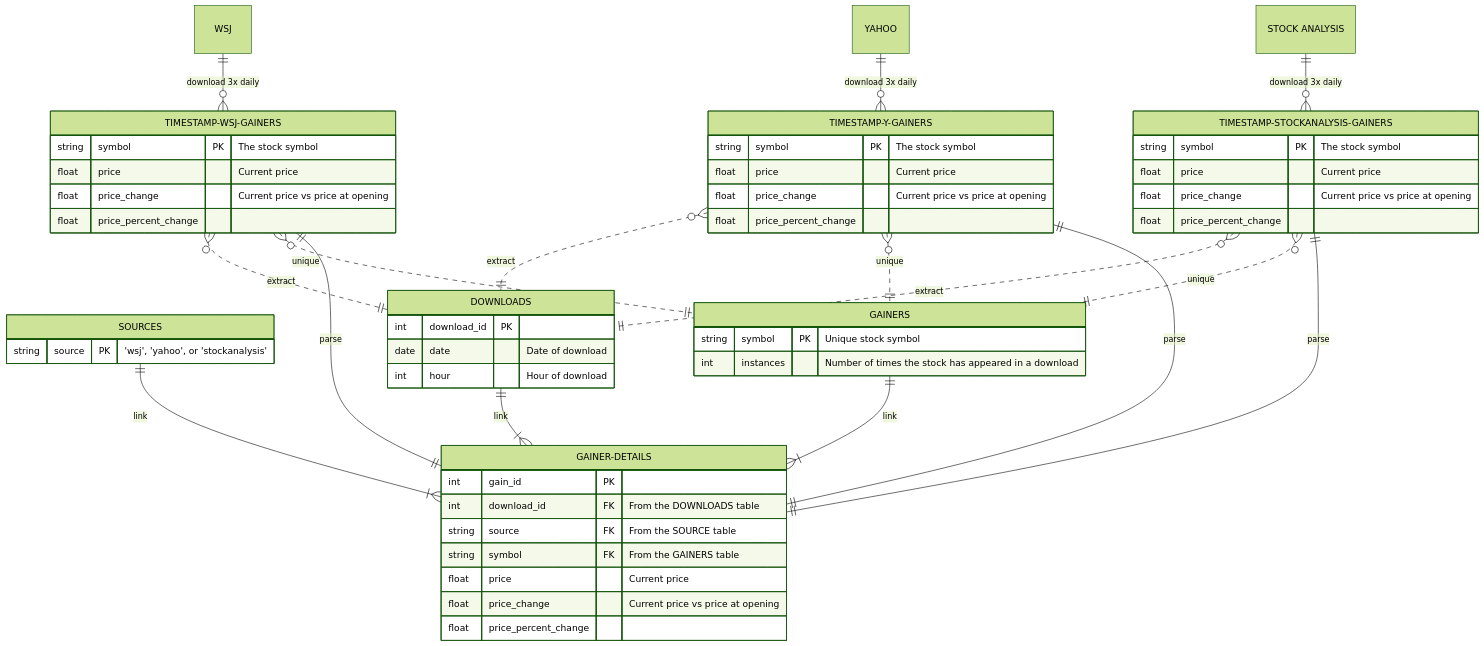
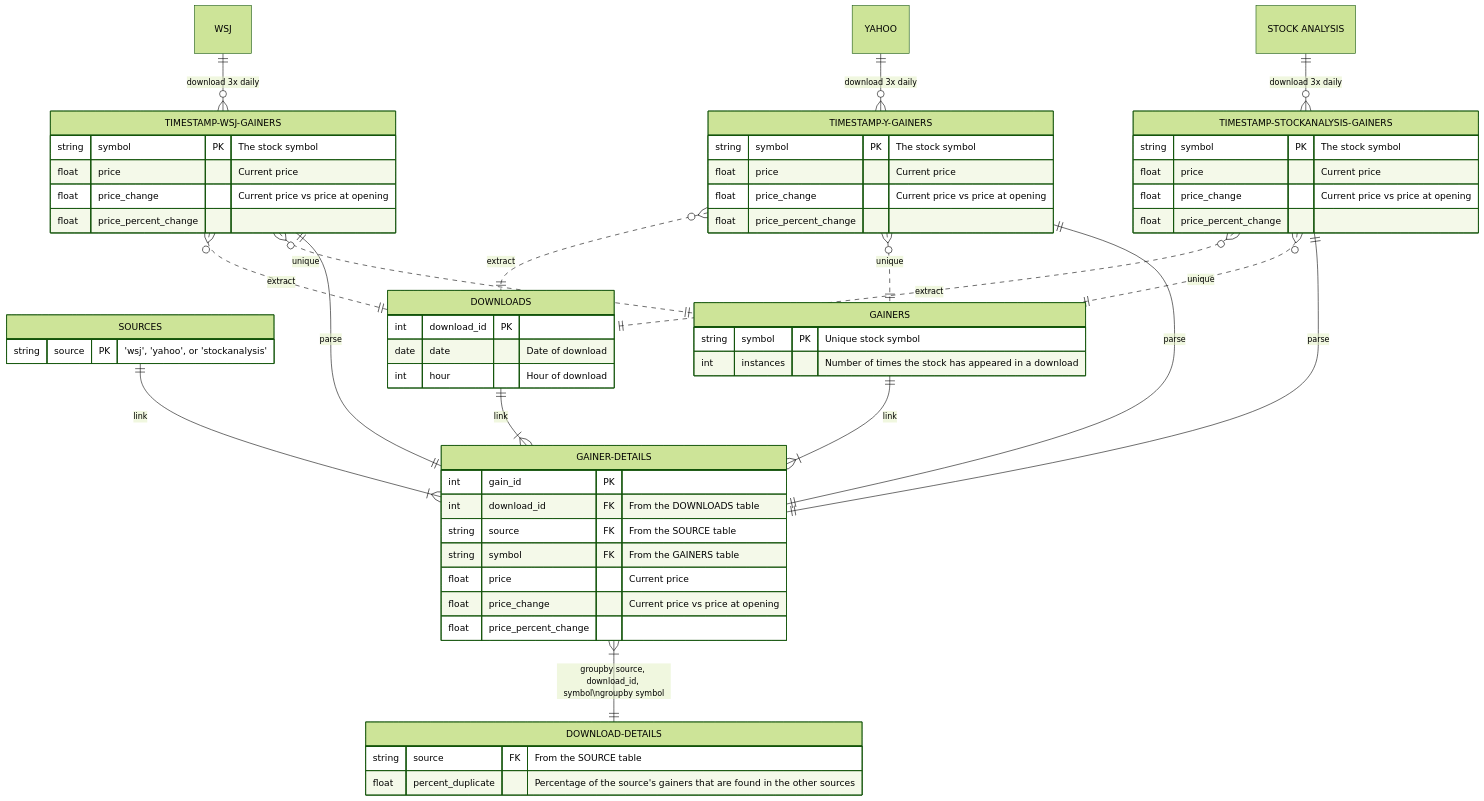
The diagram in ERD/ERD.md (KazBarker/SP25_DS5111_nrg6cb), drawn with Mermaid (forest theme) before and after one commit. The commit also changed 1 other file, not shown here.

````diff
--- a/ERD/ERD.md
+++ b/ERD/ERD.md
@@ -2,65 +2,71 @@
 ```mermaid
 erDiagram
     WSJ only one to zero or more TIMESTAMP-WSJ-GAINERS : "download 3x daily"
     YAHOO only one to zero or more TIMESTAMP-Y-GAINERS : "download 3x daily"
     "STOCK ANALYSIS" only one to zero or more TIMESTAMP-STOCKANALYSIS-GAINERS : "download 3x daily"
     
     TIMESTAMP-WSJ-GAINERS {
         string symbol PK "The stock symbol"
         float price "Current price"
         float price_change "Current price vs price at opening"
         float price_percent_change
     }
     TIMESTAMP-Y-GAINERS {
         string symbol PK "The stock symbol"
         float price "Current price"
         float price_change "Current price vs price at opening"
         float price_percent_change
     }
     TIMESTAMP-STOCKANALYSIS-GAINERS {
         string symbol PK "The stock symbol"
         float price "Current price"
         float price_change "Current price vs price at opening"
         float price_percent_change
     }
 
     SOURCES {
         string source PK "'wsj', 'yahoo', or 'stockanalysis'"
     }
  
     TIMESTAMP-WSJ-GAINERS many optionally to only one DOWNLOADS : "extract"
     TIMESTAMP-Y-GAINERS many optionally to only one DOWNLOADS : "extract"
     TIMESTAMP-STOCKANALYSIS-GAINERS many optionally to only one DOWNLOADS : "extract"
 
     DOWNLOADS {
         int download_id PK
         date date "Date of download"
         int hour "Hour of download"
     }
 
     TIMESTAMP-WSJ-GAINERS many optionally to only one GAINERS : "unique"
     TIMESTAMP-Y-GAINERS many optionally to only one GAINERS : "unique"
     TIMESTAMP-STOCKANALYSIS-GAINERS many optionally to only one GAINERS : "unique"
 
     GAINERS {
         string symbol PK "Unique stock symbol"
         int instances "Number of times the stock has appeared in a download"
     }
-
+    
     DOWNLOADS one to one or more GAINER-DETAILS : "link"
     SOURCES one to one or more GAINER-DETAILS : "link"
     GAINERS one to one or more GAINER-DETAILS : "link"
     TIMESTAMP-WSJ-GAINERS one to one GAINER-DETAILS : "parse"
     TIMESTAMP-Y-GAINERS one to one GAINER-DETAILS : "parse"
     TIMESTAMP-STOCKANALYSIS-GAINERS one to one GAINER-DETAILS : "parse"
 
     GAINER-DETAILS {
         int gain_id PK
         int download_id FK "From the DOWNLOADS table"
         string source FK "From the SOURCE table"
         string symbol FK "From the GAINERS table"
         float price "Current price"
         float price_change "Current price vs price at opening"
         float price_percent_change
     }
+
+    GAINER-DETAILS one or more to one DOWNLOAD-DETAILS : "groupby source, download_id, symbol\ngroupby symbol"
+    DOWNLOAD-DETAILS {
+        string source FK "From the SOURCE table"
+        float percent_duplicate "Percentage of the source's gainers that are found in the other sources"
+    }
 ```
````
